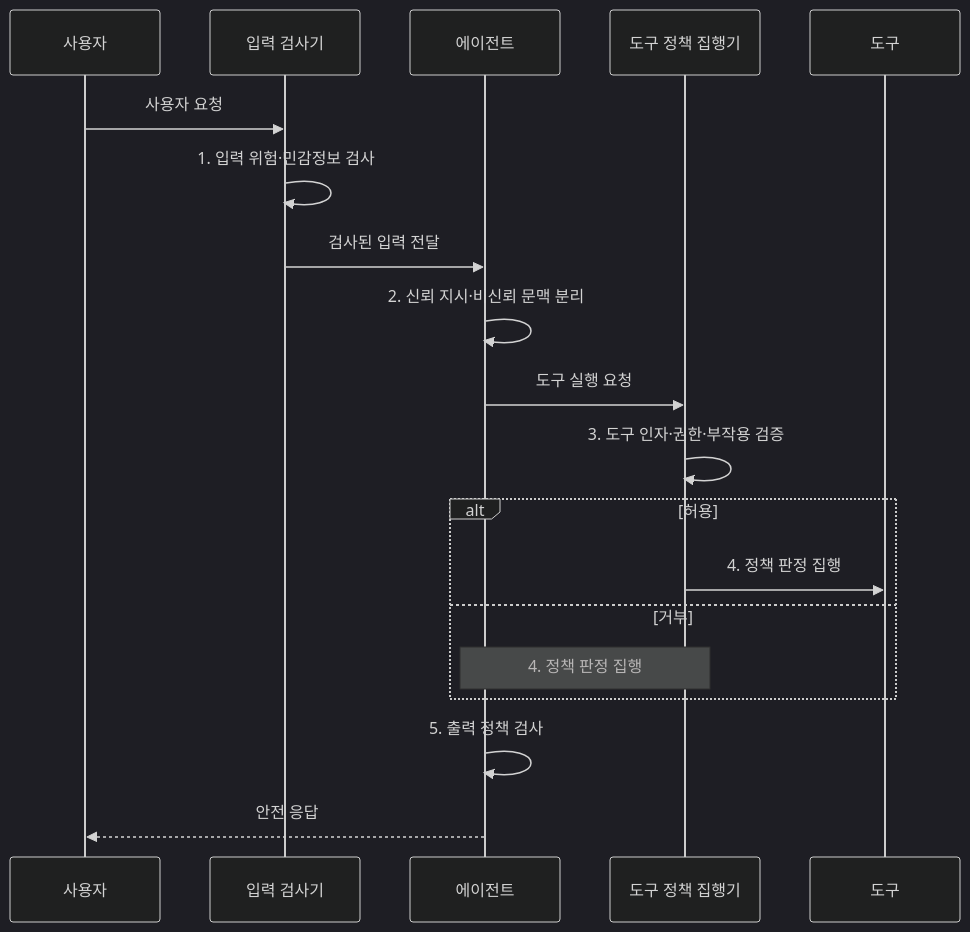
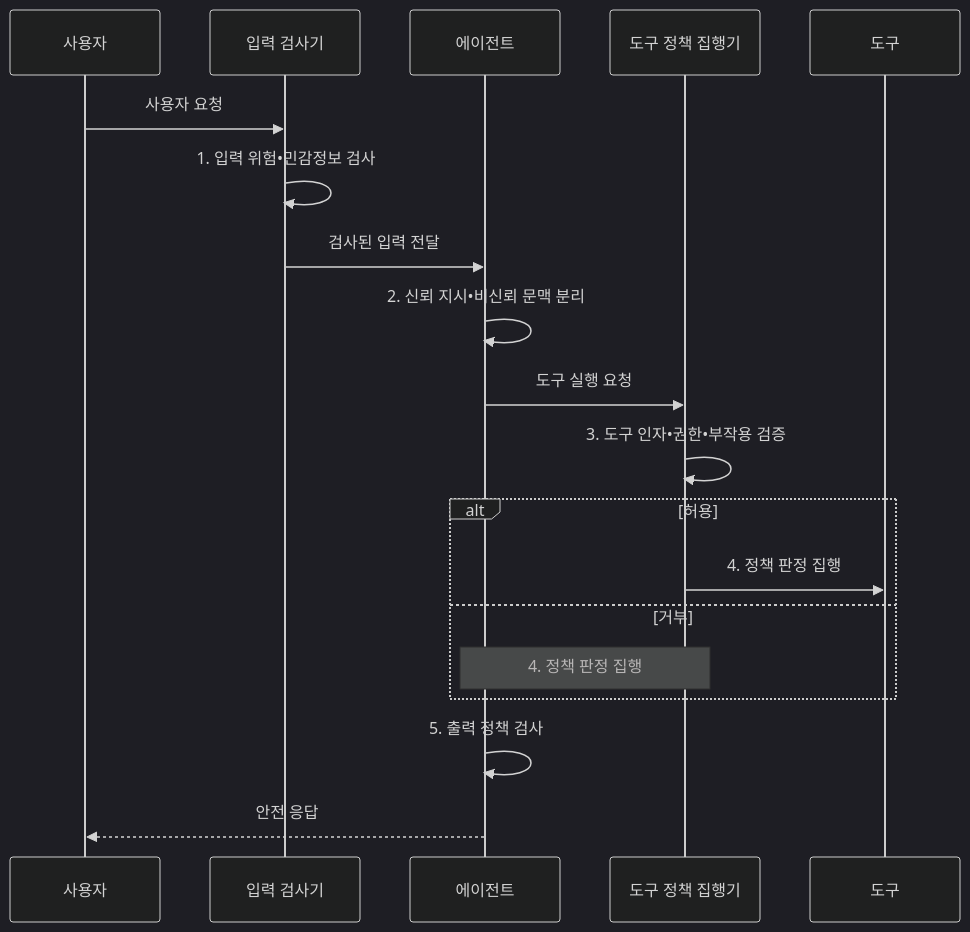
One commit to agnusdei1207/knowledge-base changed the second of 2 diagrams in src/content/docs/notes/08-latest-tech/022_agent_guardrail.md. Above: the diagram before and after it, drawn with Mermaid (dark theme). The commit also changed other lines of this file and 953 other files, not shown here.

````diff
--- a/src/content/docs/notes/08-latest-tech/022_agent_guardrail.md
+++ b/src/content/docs/notes/08-latest-tech/022_agent_guardrail.md
@@ -104,21 +104,21 @@
 ```mermaid
 sequenceDiagram
     participant U as 사용자
     participant I as 입력 검사기
     participant A as 에이전트
     participant P as 도구 정책 집행기
     participant T as 도구
     U->>I: 사용자 요청
-    I->>I: 1. 입력 위험·민감정보 검사
+    I->>I: 1. 입력 위험•민감정보 검사
     I->>A: 검사된 입력 전달
-    A->>A: 2. 신뢰 지시·비신뢰 문맥 분리
+    A->>A: 2. 신뢰 지시•비신뢰 문맥 분리
     A->>P: 도구 실행 요청
-    P->>P: 3. 도구 인자·권한·부작용 검증
+    P->>P: 3. 도구 인자•권한•부작용 검증
     alt 허용
         P->>T: 4. 정책 판정 집행
     else 거부
         Note over P,A: 4. 정책 판정 집행
     end
     A->>A: 5. 출력 정책 검사
     A-->>U: 안전 응답
 ```
````
